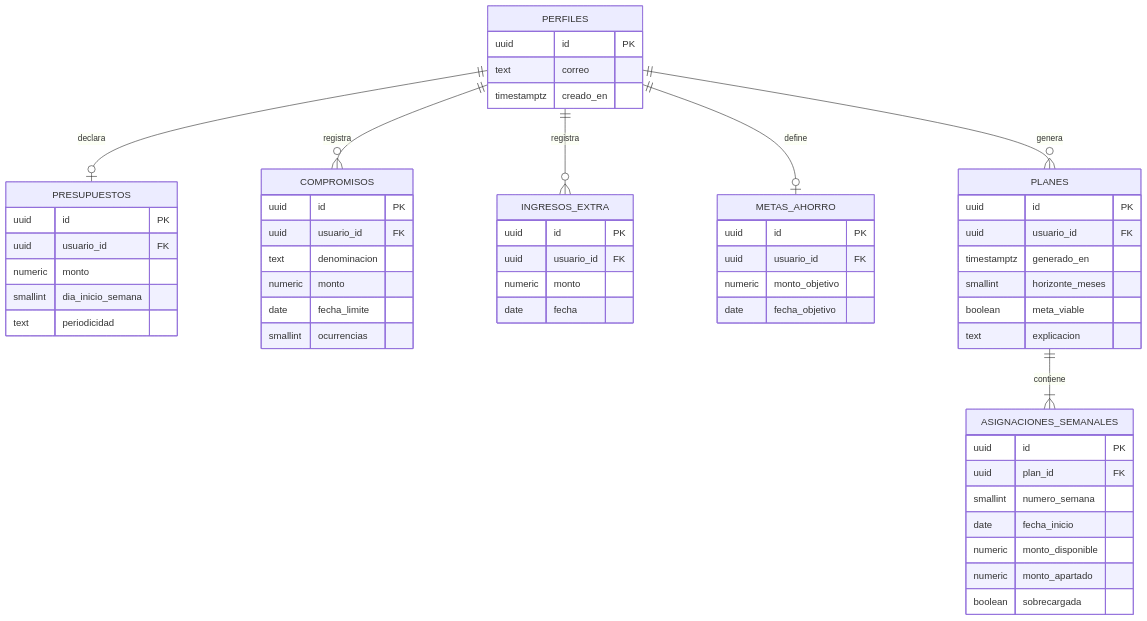
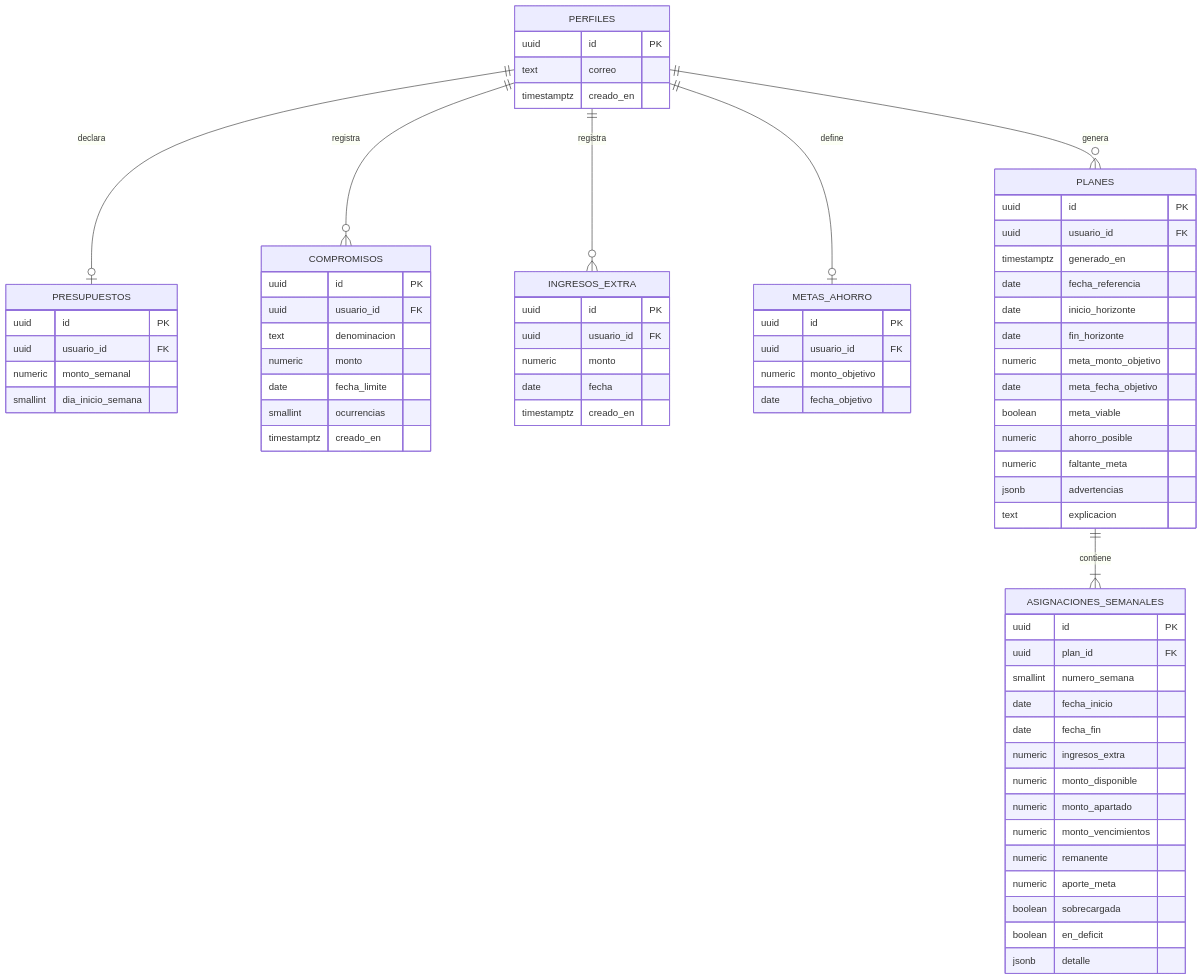
The diagram in docs/diagramas/04-modelo-datos.mmd (abdideev/ahorrito), drawn with Mermaid before and after one commit. The commit also changed 1 other file, not shown here.

Commit message:
docs: actualiza los diagramas con el modelo de datos vigente
Refleja SC-03 en el modelo entidad-relacion y el diagrama de clases: presupuesto semanal, fechas del horizonte, evaluacion de la meta, advertencias y las cifras de cada semana. Refs #10

```diff
--- a/docs/diagramas/04-modelo-datos.mmd
+++ b/docs/diagramas/04-modelo-datos.mmd
@@ -1,57 +1,72 @@
 erDiagram
     PERFILES ||--o| PRESUPUESTOS : declara
     PERFILES ||--o{ COMPROMISOS : registra
     PERFILES ||--o{ INGRESOS_EXTRA : registra
     PERFILES ||--o| METAS_AHORRO : define
     PERFILES ||--o{ PLANES : genera
     PLANES ||--|{ ASIGNACIONES_SEMANALES : contiene
 
     PERFILES {
         uuid id PK
         text correo
         timestamptz creado_en
     }
     PRESUPUESTOS {
         uuid id PK
         uuid usuario_id FK
-        numeric monto
+        numeric monto_semanal
         smallint dia_inicio_semana
-        text periodicidad
     }
     COMPROMISOS {
         uuid id PK
         uuid usuario_id FK
         text denominacion
         numeric monto
         date fecha_limite
         smallint ocurrencias
+        timestamptz creado_en
     }
     INGRESOS_EXTRA {
         uuid id PK
         uuid usuario_id FK
         numeric monto
         date fecha
+        timestamptz creado_en
     }
     METAS_AHORRO {
         uuid id PK
         uuid usuario_id FK
         numeric monto_objetivo
         date fecha_objetivo
     }
     PLANES {
         uuid id PK
         uuid usuario_id FK
         timestamptz generado_en
-        smallint horizonte_meses
+        date fecha_referencia
+        date inicio_horizonte
+        date fin_horizonte
+        numeric meta_monto_objetivo
+        date meta_fecha_objetivo
         boolean meta_viable
+        numeric ahorro_posible
+        numeric faltante_meta
+        jsonb advertencias
         text explicacion
     }
     ASIGNACIONES_SEMANALES {
         uuid id PK
         uuid plan_id FK
         smallint numero_semana
         date fecha_inicio
+        date fecha_fin
+        numeric ingresos_extra
         numeric monto_disponible
         numeric monto_apartado
+        numeric monto_vencimientos
+        numeric remanente
+        numeric aporte_meta
         boolean sobrecargada
+        boolean en_deficit
+        jsonb detalle
     }
```
